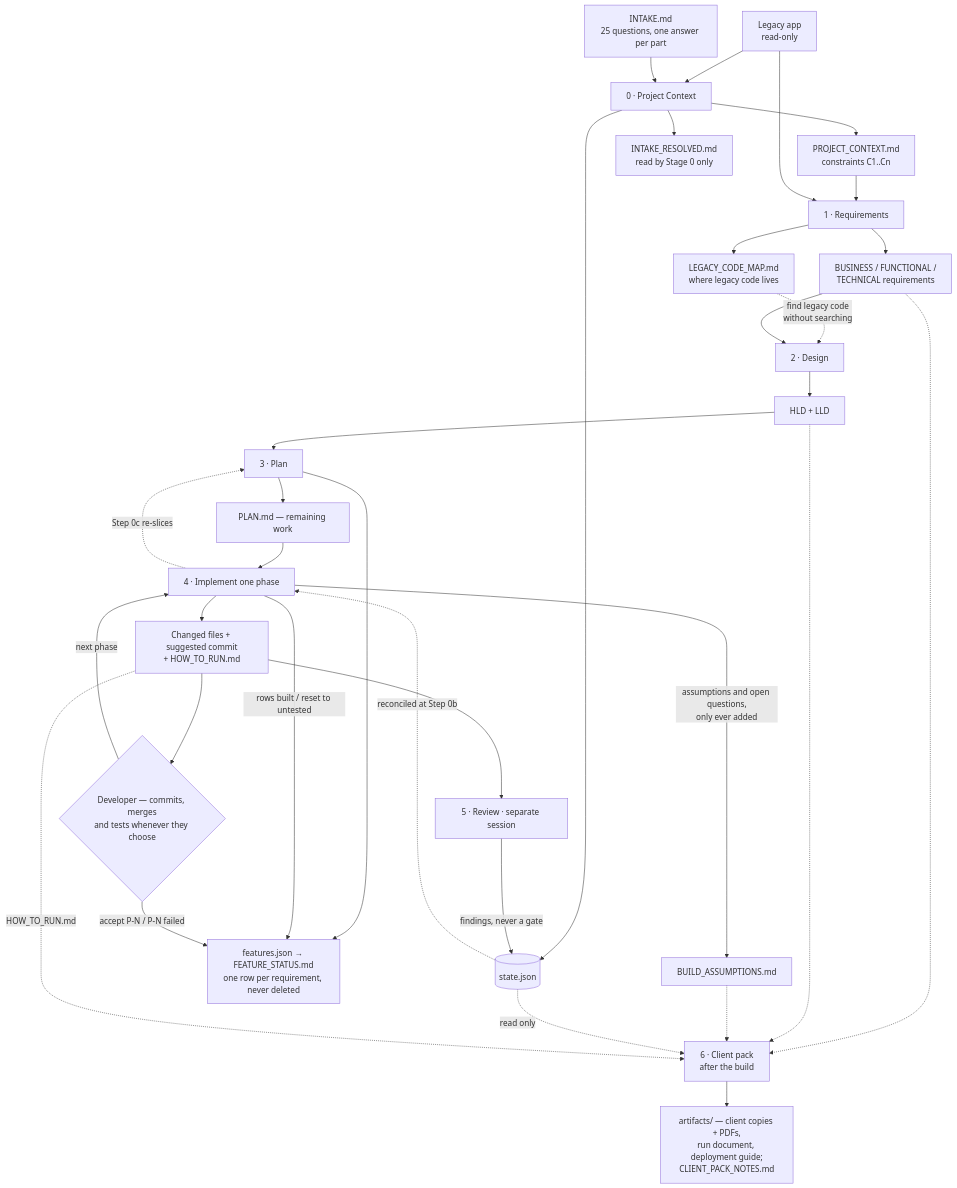
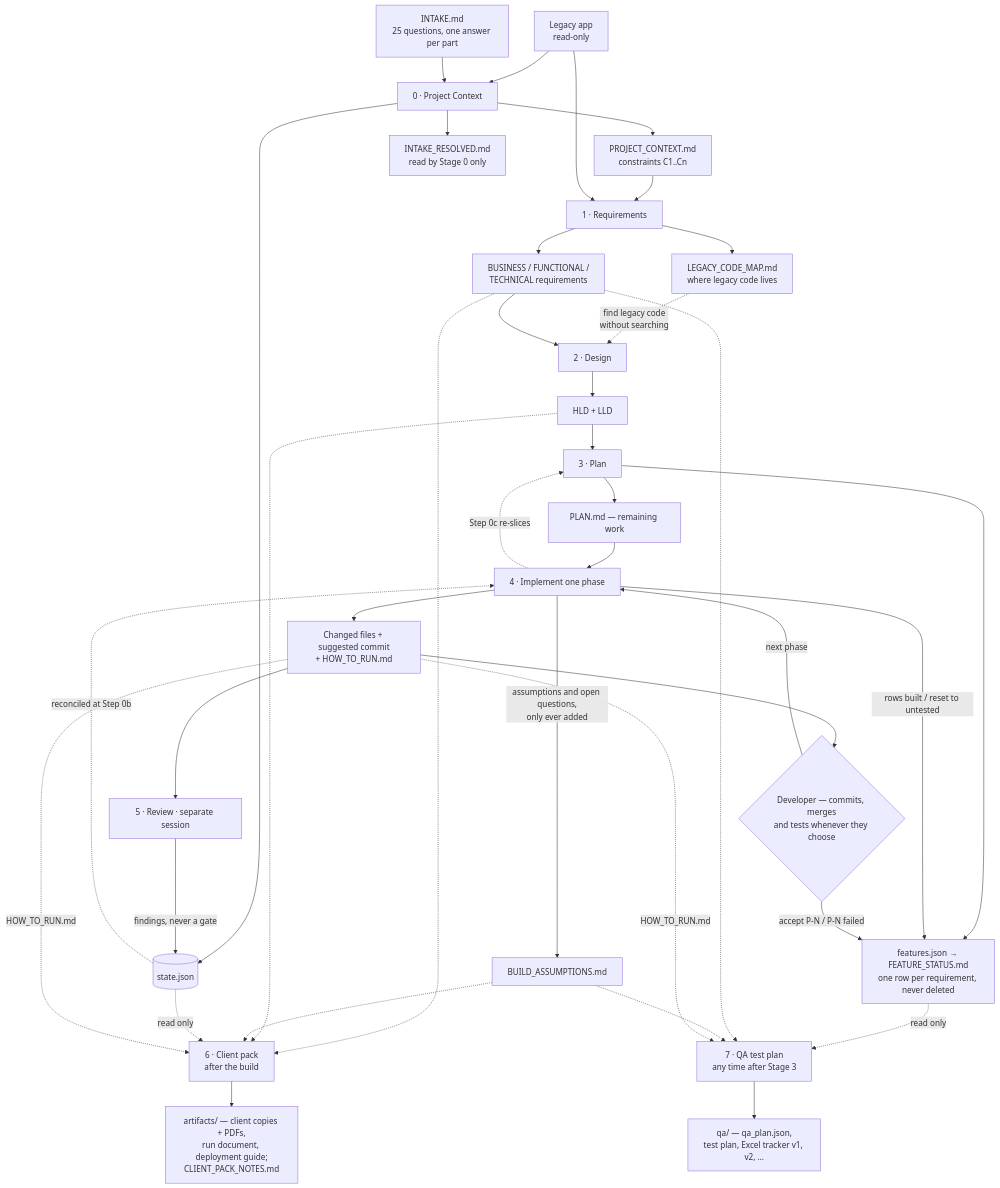
One commit to Mabeesha/AppModernizationHarness changed the first of 4 diagrams in docs/DESIGN.md. Above: the diagram before and after it, drawn with Mermaid. The commit also changed other lines of this file and 14 other files, not shown here.

First line of the commit message:
Add Stage 7: the QA test plan and Excel tracker

````diff
--- a/docs/DESIGN.md
+++ b/docs/DESIGN.md
@@ -55,35 +59,40 @@
 ```mermaid
 flowchart TD
     L[Legacy app<br/>read-only] --> S0
     I[INTAKE.md<br/>25 questions, one answer per part] --> S0[0 · Project Context]
     S0 --> PC[PROJECT_CONTEXT.md<br/>constraints C1..Cn]
     S0 --> ST[(state.json)]
     S0 --> IR[INTAKE_RESOLVED.md<br/>read by Stage 0 only]
     PC --> S1[1 · Requirements]
     L --> S1
     S1 --> REQ[BUSINESS / FUNCTIONAL /<br/>TECHNICAL requirements]
     S1 --> CM[LEGACY_CODE_MAP.md<br/>where legacy code lives]
     CM -.->|find legacy code<br/>without searching| S2
     REQ --> S2[2 · Design]
     S2 --> D[HLD + LLD]
     D --> S3[3 · Plan]
     S3 --> PL[PLAN.md — remaining work]
     S3 --> FS[features.json → FEATURE_STATUS.md<br/>one row per requirement, never deleted]
     PL --> S4[4 · Implement one phase]
     S4 --> HO[Changed files + suggested commit<br/>+ HOW_TO_RUN.md]
     S4 -->|rows built / reset to untested| FS
     HO --> DEV{Developer — commits, merges<br/>and tests whenever they choose}
     DEV -- next phase --> S4
     DEV -- accept P-N / P-N failed --> FS
     S4 -.->|Step 0c re-slices| S3
     HO --> S5[5 · Review · separate session]
     S5 -->|findings, never a gate| ST
     ST -.->|reconciled at Step 0b| S4
     S4 -->|assumptions and open questions,<br/>only ever added| BA[BUILD_ASSUMPTIONS.md]
     REQ -.-> S6[6 · Client pack<br/>after the build]
     D -.-> S6
     BA -.-> S6
     ST -.->|read only| S6
     HO -.->|HOW_TO_RUN.md| S6
     S6 --> CP[artifacts/ — client copies + PDFs,<br/>run document, deployment guide;<br/>CLIENT_PACK_NOTES.md]
+    FS -.->|read only| S7[7 · QA test plan<br/>any time after Stage 3]
+    REQ -.-> S7
+    BA -.-> S7
+    HO -.->|HOW_TO_RUN.md| S7
+    S7 --> QA[qa/ — qa_plan.json,<br/>test plan, Excel tracker v1, v2, …]
 ```
````
